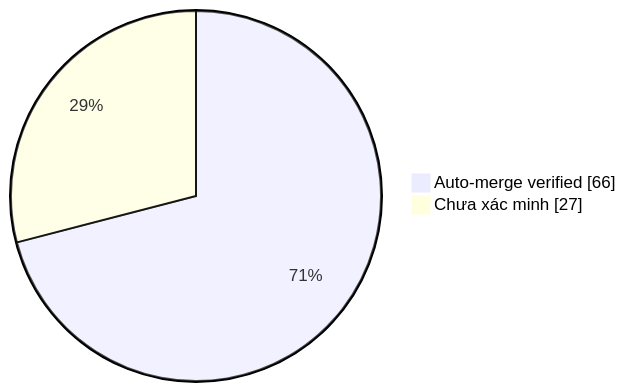
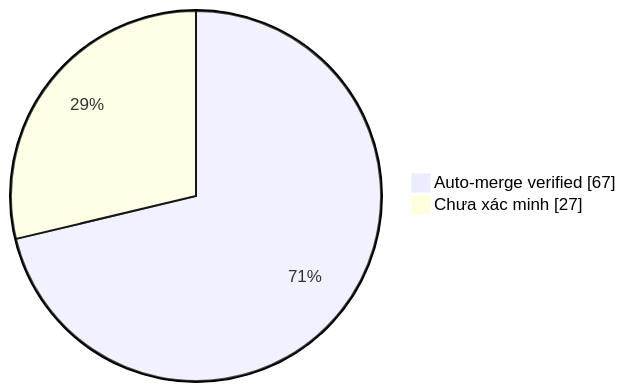
Before and after one commit to duykhang68/tetdinhmuiblog: the diagram in collector.md, drawn with Mermaid. The commit also changed other lines of this file and 1 other file, not shown here.

Commit message:
docs(collector): update auto-merge evidence dashboard

````diff
--- a/collector.md
+++ b/collector.md
@@ -22,5 +22,5 @@
 ```mermaid
 pie showData
-    "Auto-merge verified" : 66
+    "Auto-merge verified" : 67
     "Chưa xác minh" : 27
 ```
````
